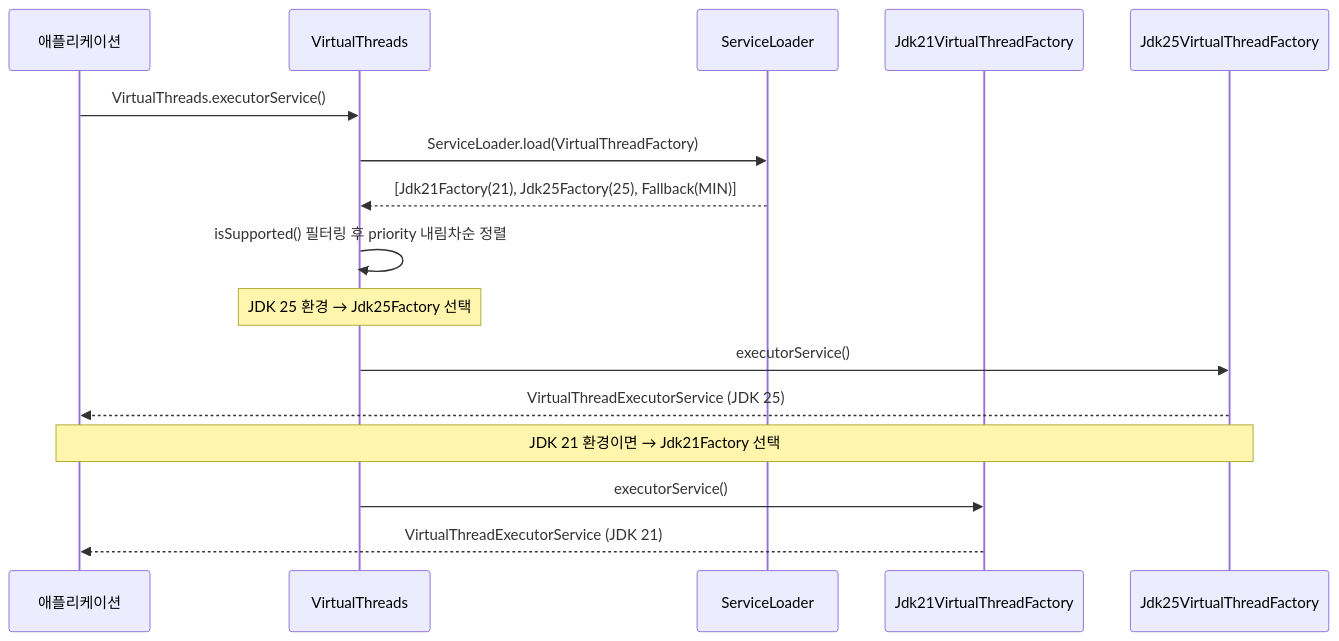
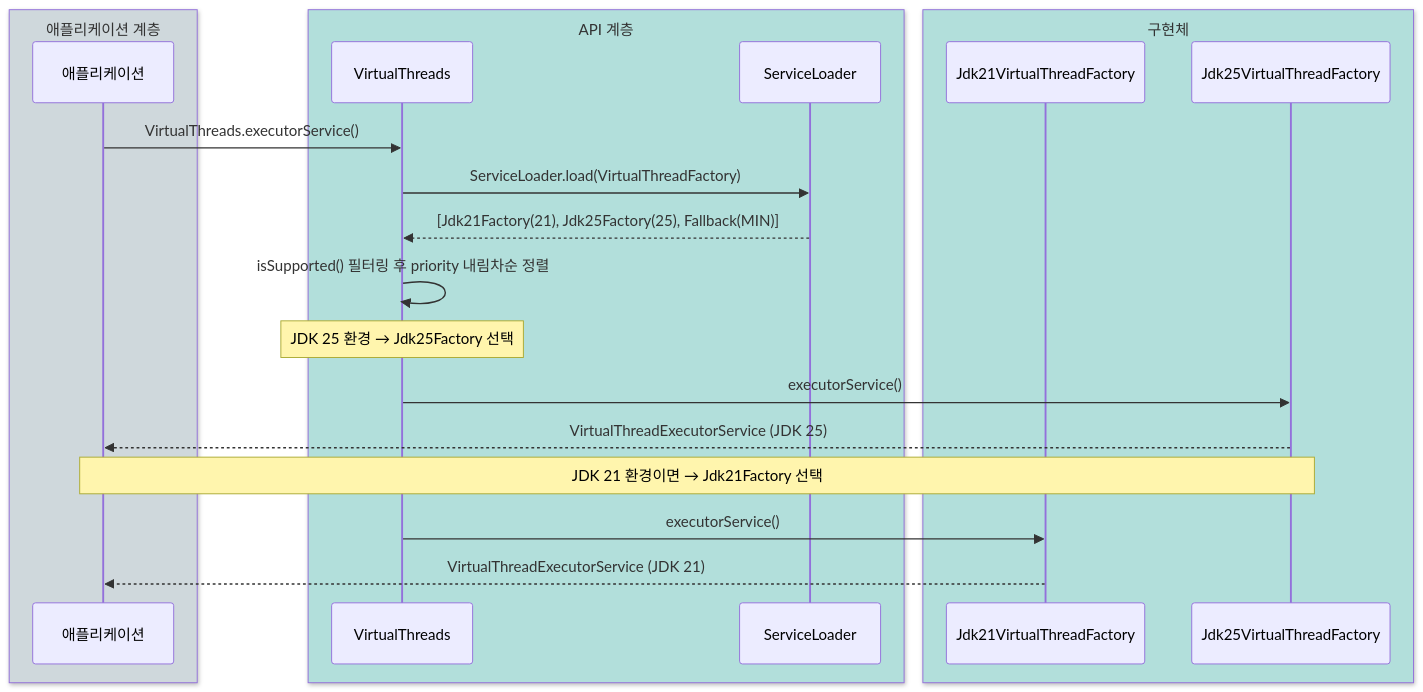
The third of 3 diagrams in virtualthread/README.ko.md (bluetape4k/bluetape4k-projects), drawn with Mermaid before and after one commit. The commit also changed other lines of this file and 221 other files, not shown here.

First line of the commit message:
docs: 전체 모듈 README UML 다이어그램 보강 및 색상 업그레이드

````diff
--- a/virtualthread/README.ko.md
+++ b/virtualthread/README.ko.md
@@ -91,18 +109,24 @@
 ```mermaid
 sequenceDiagram
-    participant App as 애플리케이션
-    participant VT as VirtualThreads
-    participant SL as ServiceLoader
-    participant F21 as Jdk21VirtualThreadFactory
-    participant F25 as Jdk25VirtualThreadFactory
+    box rgb(207,216,220) 애플리케이션 계층
+        participant App as 애플리케이션
+    end
+    box rgb(178,223,219) API 계층
+        participant VT as VirtualThreads
+        participant SL as ServiceLoader
+    end
+    box rgb(178,223,219) 구현체
+        participant F21 as Jdk21VirtualThreadFactory
+        participant F25 as Jdk25VirtualThreadFactory
+    end
     App ->> VT: VirtualThreads.executorService()
     VT ->> SL: ServiceLoader.load(VirtualThreadFactory)
     SL -->> VT: [Jdk21Factory(21), Jdk25Factory(25), Fallback(MIN)]
     VT ->> VT: isSupported() 필터링 후 priority 내림차순 정렬
     Note over VT: JDK 25 환경 → Jdk25Factory 선택
     VT ->> F25: executorService()
     F25 -->> App: VirtualThreadExecutorService (JDK 25)
     Note over App, F25: JDK 21 환경이면 → Jdk21Factory 선택
     VT ->> F21: executorService()
     F21 -->> App: VirtualThreadExecutorService (JDK 21)
 ```
````
